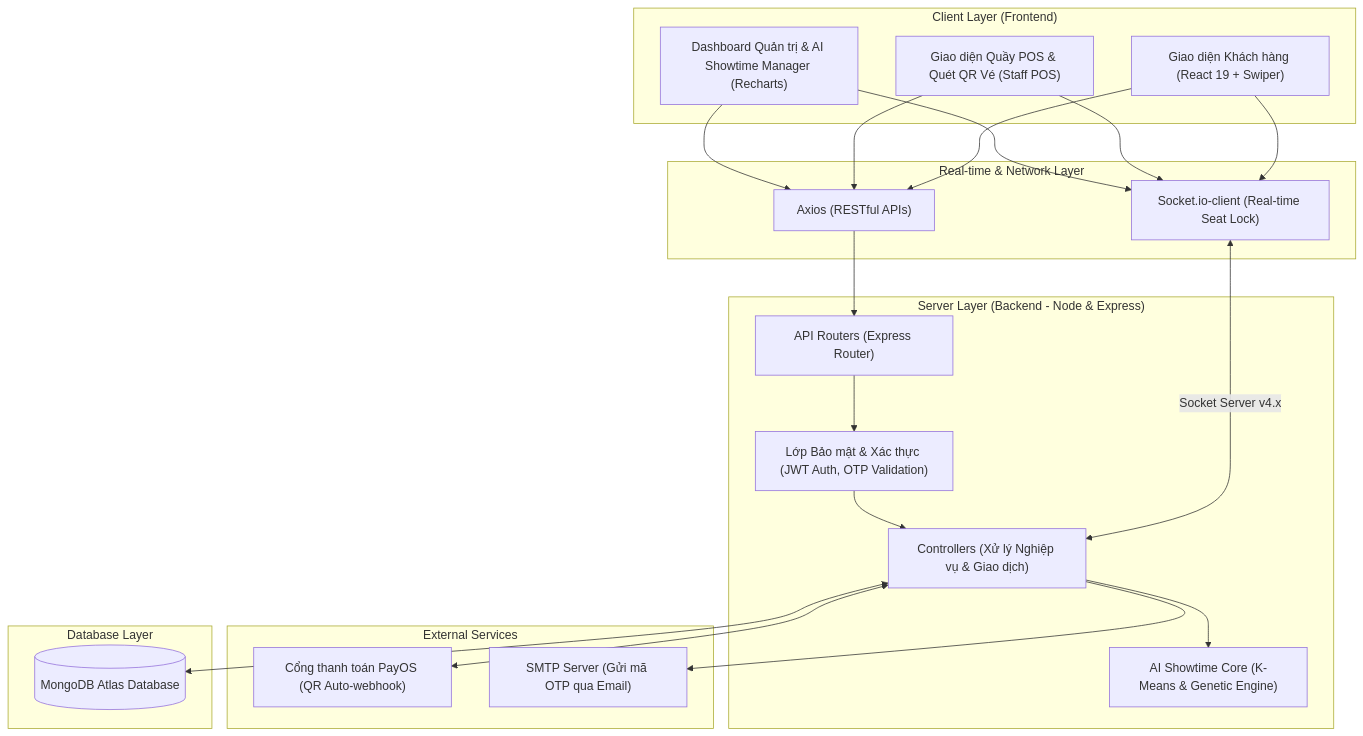
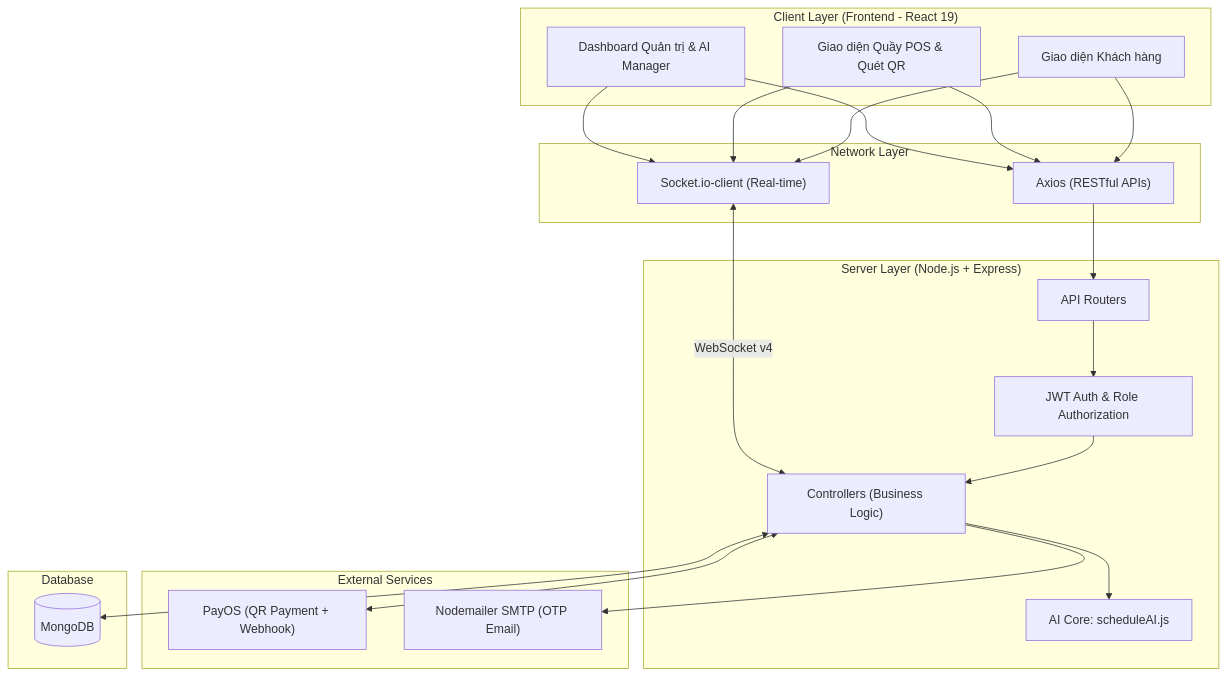
The first of 2 diagrams in README.md (VanLoc204/cinema-manegement), drawn with Mermaid before and after one commit. The commit also changed other lines of this file and 3 other files, not shown here.

````diff
--- a/README.md
+++ b/README.md
@@ -11,40 +65,37 @@
 ```mermaid
 graph TD
-    %% Định nghĩa các lớp
-    subgraph ClientLayer ["Client Layer (Frontend)"]
-        CustomerUI["Giao diện Khách hàng (React 19 + Swiper)"]
-        StaffUI["Giao diện Quầy POS & Quét QR Vé (Staff POS)"]
-        AdminUI["Dashboard Quản trị & AI Showtime Manager (Recharts)"]
+    subgraph ClientLayer ["Client Layer (Frontend - React 19)"]
+        CustomerUI["Giao diện Khách hàng"]
+        StaffUI["Giao diện Quầy POS & Quét QR"]
+        AdminUI["Dashboard Quản trị & AI Manager"]
     end
 
-    subgraph NetworkLayer ["Real-time & Network Layer"]
+    subgraph NetworkLayer ["Network Layer"]
         HttpReq["Axios (RESTful APIs)"]
-        WSConn["Socket.io-client (Real-time Seat Lock)"]
+        WSConn["Socket.io-client (Real-time)"]
     end
 
-    subgraph ServerLayer ["Server Layer (Backend - Node & Express)"]
-        Routes["API Routers (Express Router)"]
-        Middlewares["Lớp Bảo mật & Xác thực (JWT Auth, OTP Validation)"]
-        Controllers["Controllers (Xử lý Nghiệp vụ & Giao dịch)"]
-        AIScheduler["AI Showtime Core (K-Means & Genetic Engine)"]
+    subgraph ServerLayer ["Server Layer (Node.js + Express)"]
+        Routes["API Routers"]
+        Middlewares["JWT Auth & Role Authorization"]
+        Controllers["Controllers (Business Logic)"]
+        AIScheduler["AI Core: scheduleAI.js"]
     end
 
     subgraph ThirdParty ["External Services"]
-        PayOS["Cổng thanh toán PayOS (QR Auto-webhook)"]
-        Nodemailer["SMTP Server (Gửi mã OTP qua Email)"]
+        PayOS["PayOS (QR Payment + Webhook)"]
+        SMTP["Nodemailer SMTP (OTP Email)"]
     end
 
-    subgraph DatabaseLayer ["Database Layer"]
-        MongoDB[("MongoDB Atlas Database")]
+    subgraph DatabaseLayer ["Database"]
+        MongoDB[("MongoDB")]
     end
 
-    %% Các luồng kết nối
     CustomerUI & StaffUI & AdminUI --> HttpReq & WSConn
-    HttpReq --> Routes
-    WSConn <-->|Socket Server v4.x| Controllers
-    Routes --> Middlewares --> Controllers
+    HttpReq --> Routes --> Middlewares --> Controllers
+    WSConn <-->|WebSocket v4| Controllers
     Controllers --> AIScheduler
     Controllers <--> MongoDB
     Controllers <--> PayOS
-    Controllers --> Nodemailer
+    Controllers --> SMTP
 ```
````
